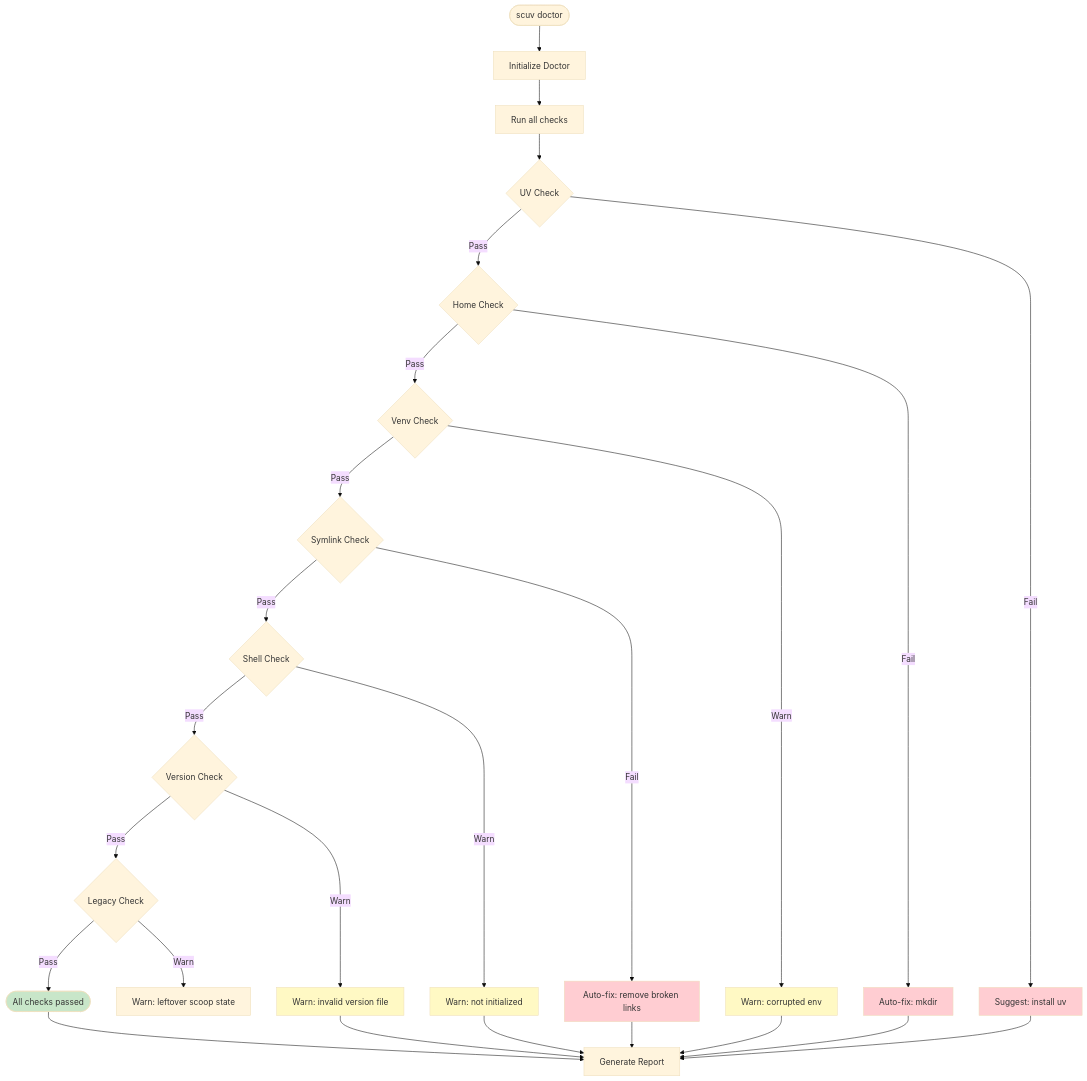
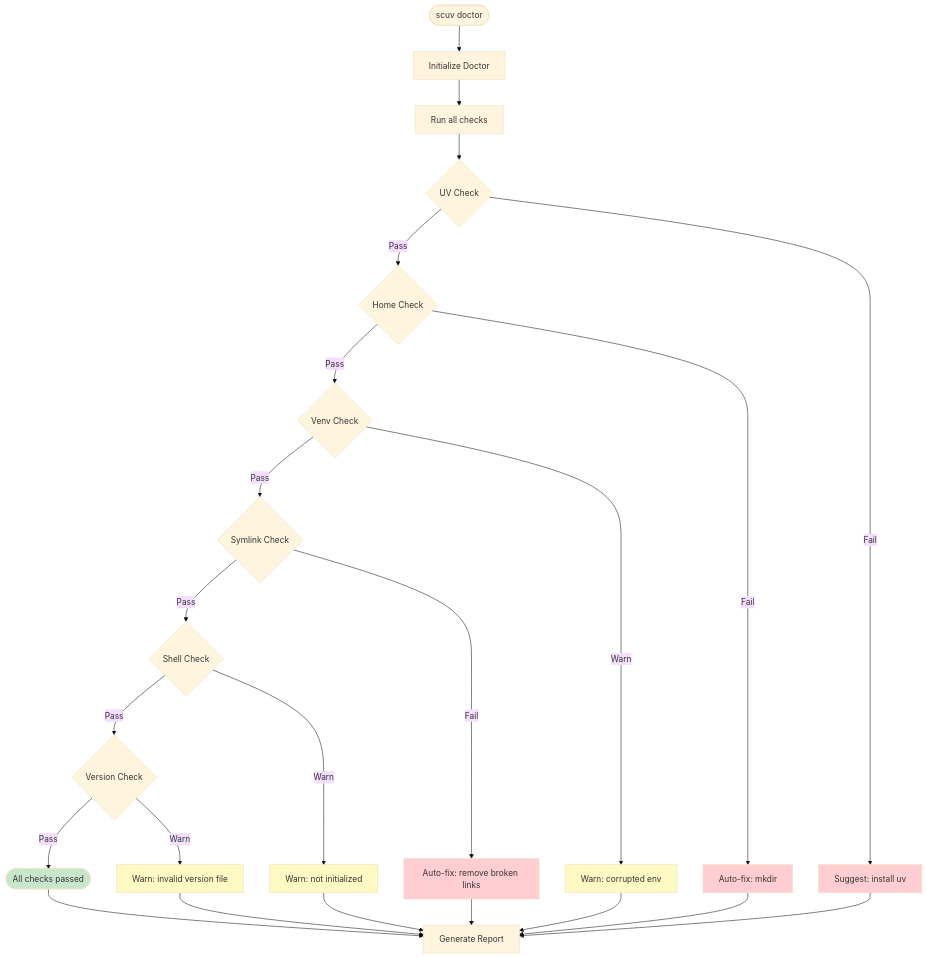
Before and after one commit to ai-screams/scoop-uv: the fifth of 6 diagrams in docs/src/development/architecture.md, drawn with Mermaid (base theme). The commit also changed 10 other files, not shown here.

````diff
--- a/docs/src/development/architecture.md
+++ b/docs/src/development/architecture.md
@@ -236,43 +236,40 @@
 ```mermaid
 flowchart TD
     Start([scuv doctor]) --> Init[Initialize Doctor]
     Init --> Run[Run all checks]
 
     Run --> UV{UV Check}
     UV -->|Pass| Home{Home Check}
     UV -->|Fail| Fix1[Suggest: install uv]
 
     Home -->|Pass| Venv{Venv Check}
     Home -->|Fail| Fix2[Auto-fix: mkdir]
 
     Venv -->|Pass| Link{Symlink Check}
     Venv -->|Warn| Warn1[Warn: corrupted env]
 
     Link -->|Pass| Shell{Shell Check}
     Link -->|Fail| Fix3[Auto-fix: remove broken links]
 
     Shell -->|Pass| Ver{Version Check}
     Shell -->|Warn| Warn2[Warn: not initialized]
 
-    Ver -->|Pass| Legacy{Legacy Check}
+    Ver -->|Pass| Done([All checks passed])
     Ver -->|Warn| Warn3[Warn: invalid version file]
-
-    Legacy -->|Pass| Done([All checks passed])
-    Legacy -->|Warn| Warn4[Warn: leftover scoop state]
 
     Fix1 --> Report[Generate Report]
     Fix2 --> Report
     Fix3 --> Report
     Warn1 --> Report
     Warn2 --> Report
     Warn3 --> Report
     Done --> Report
 
     style Done fill:#c8e6c9
     style Fix1 fill:#ffcdd2
     style Fix2 fill:#ffcdd2
     style Fix3 fill:#ffcdd2
     style Warn1 fill:#fff9c4
     style Warn2 fill:#fff9c4
     style Warn3 fill:#fff9c4
 ```
````
